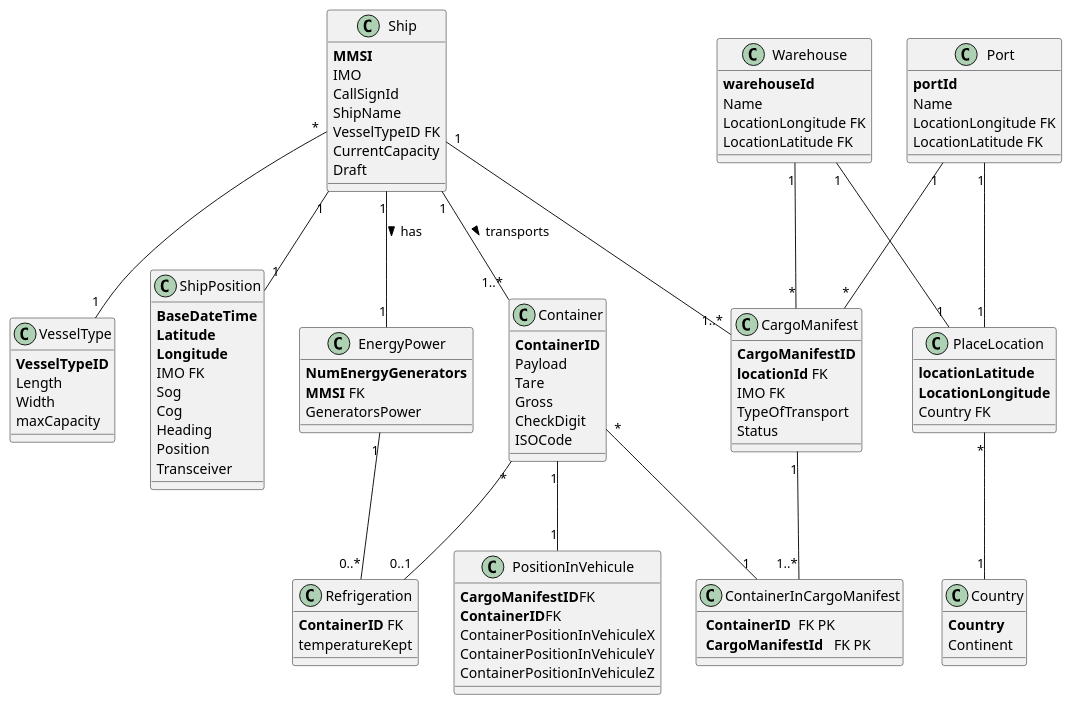
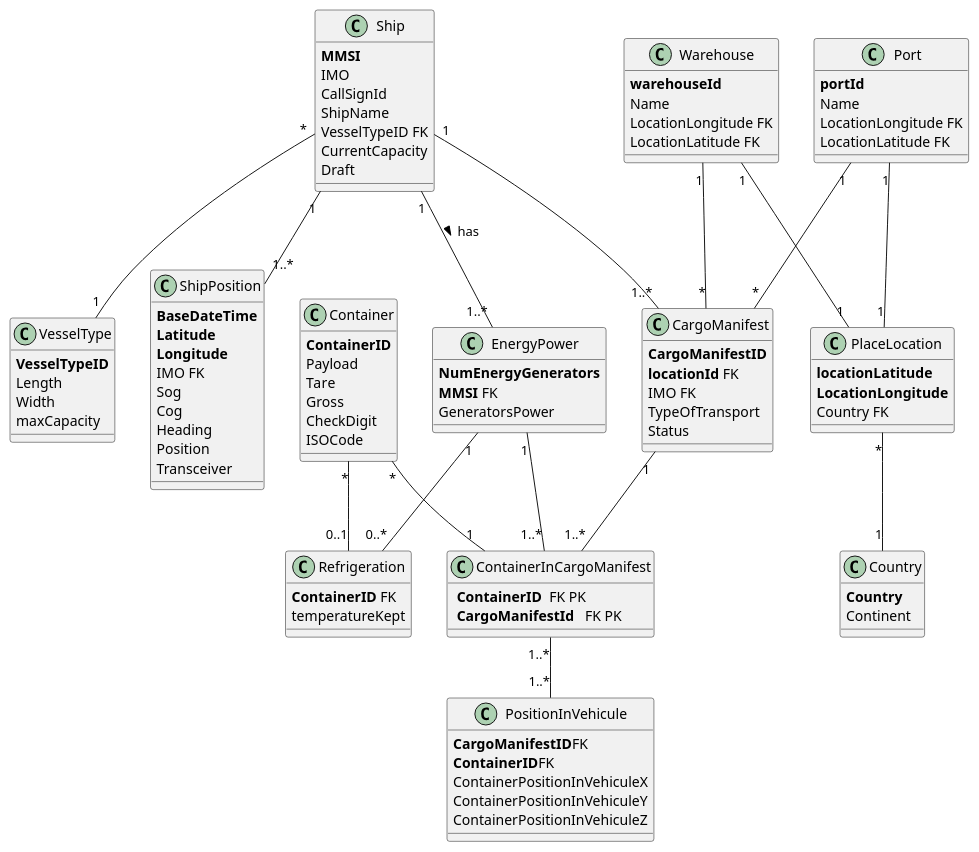
The diagram in docs/US108/Data_Model.puml (ana-albergaria/LAPR3-ISEP), drawn with PlantUML before and after one commit.

Commit message:
G54-63 #time 10m #comment Started updating the Data Model. (done in group)

```diff
--- a/docs/US108/Data_Model.puml
+++ b/docs/US108/Data_Model.puml
@@ -1,142 +1,142 @@
 @startuml
 'https://plantuml.com/class-diagram
 
 /'class Company{
 
 }'/
 
 class Ship{
     **MMSI**
     IMO
     CallSignId
     ShipName
     VesselTypeID FK
     CurrentCapacity
     Draft
 }
 
 class VesselType{
     **VesselTypeID**
     Length
     Width
     maxCapacity
 }
 
 class ShipPosition{
     **BaseDateTime**
     **Latitude**
     **Longitude**
     IMO FK
     Sog
     Cog
     Heading
     Position
     Transceiver
 }
 
 class Container{
     **ContainerID**
     Payload
     Tare
     Gross
     CheckDigit
     ISOCode
 }
 
 class Refrigeration {
     **ContainerID** FK
     temperatureKept
 }
 
 class EnergyPower{
     **NumEnergyGenerators**
     **MMSI** FK
     GeneratorsPower
 }
 /'refrigeration state is ambigous'/
 
 /'manifest type(loading, unloading) changes its values'/
 class CargoManifest{
     **CargoManifestID**
     **locationId** FK
     IMO FK
     TypeOfTransport
     Status
 }
 
 class PositionInVehicule{
     **CargoManifestID**FK
     **ContainerID**FK
     ContainerPositionInVehiculeX
     ContainerPositionInVehiculeY
     ContainerPositionInVehiculeZ
 }
 
 class Port {
     **portId**
     Name
     LocationLongitude FK
     LocationLatitude FK
 }
 
 class Warehouse {
     **warehouseId**
     Name
     LocationLongitude FK
     LocationLatitude FK
 }
 
 class Country{
     **Country**
     Continent
 }
 
 class PlaceLocation{
     **locationLatitude**
     **LocationLongitude**
     Country FK
 }
 
 class ContainerInCargoManifest{
     ** ContainerID ** FK PK
     ** CargoManifestId **  FK PK
 }
 
 
 /'class Truck{
     truckID
 }
 
 class Transports{
     truckId FK
     warehouseId FK
 }'/
 
 
 
-
-Ship "1" -- "1..*" Container : transports >
-Container "1" -- "1" PositionInVehicule
-Ship "1" -- "1" ShipPosition
+'Ship "1" -- "1..*" Container : transports >
+ContainerInCargoManifest "1..*" -- "1..*" PositionInVehicule
+Ship "1" -- "1..*" ShipPosition
 Ship "*" -- "1" VesselType
 Ship "1" -- "1..*" CargoManifest
 CargoManifest "1" -- "1..*" ContainerInCargoManifest
 Container "*" -- "1" ContainerInCargoManifest
 /'Truck "1" -- "1..*" CargoManifest'/
 /'
 Truck "*" -- "1" Container
 '/
 Port "1" -- "1" PlaceLocation
 Warehouse "1" -- "1" PlaceLocation
 PlaceLocation "*" -- "1" Country
 Port "1" -- "*" CargoManifest
 Warehouse "1" -- "*" CargoManifest
 /'Relacoes N para N, falta relacao'/
 /'
 Truck "1..*" -- "1..*" Warehouse
 '/
 Container "*" -- "0..1" Refrigeration
-Ship "1" -- "1" EnergyPower : has >
+Ship "1" -- "1..*" EnergyPower : has >
 EnergyPower "1" -- "0..*" Refrigeration
+EnergyPower "1" -- "1..*" ContainerInCargoManifest
 
 @enduml
```
